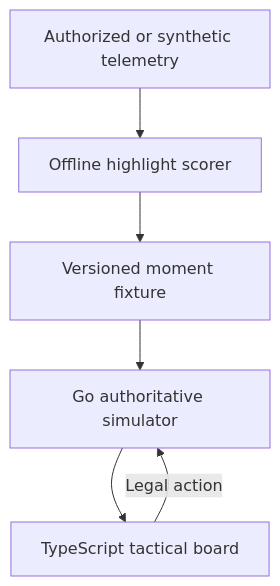
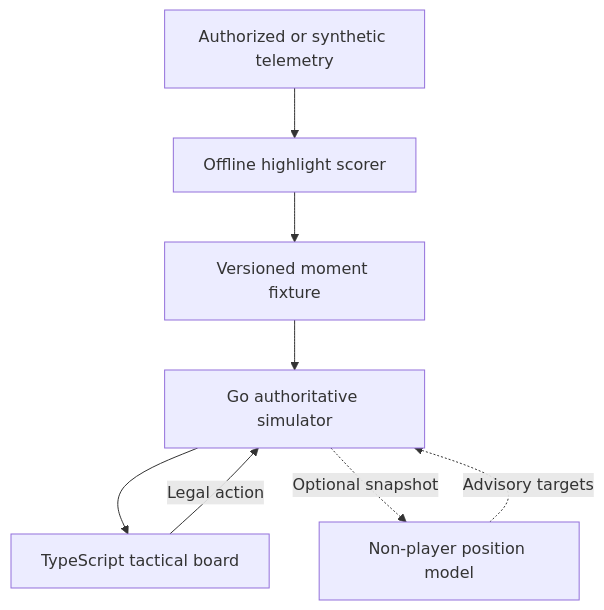
Before and after one commit to joyalzzy/playable-replays: the diagram in docs/architecture.md, drawn with Mermaid. The commit also changed other lines of this file and 35 other files, not shown here.

First line of the commit message:
Add model-driven non-player movement and class-aware tactics (#1)

````diff
--- a/docs/architecture.md
+++ b/docs/architecture.md
@@ -10,8 +10,10 @@
 ```mermaid
 flowchart TD
     A["Authorized or synthetic telemetry"] --> B["Offline highlight scorer"]
     B --> C["Versioned moment fixture"]
     C --> D["Go authoritative simulator"]
     D --> E["TypeScript tactical board"]
     E -->|Legal action| D
+    D -.->|Optional snapshot| F["Non-player position model"]
+    F -.->|Advisory targets| D
 ```
````
